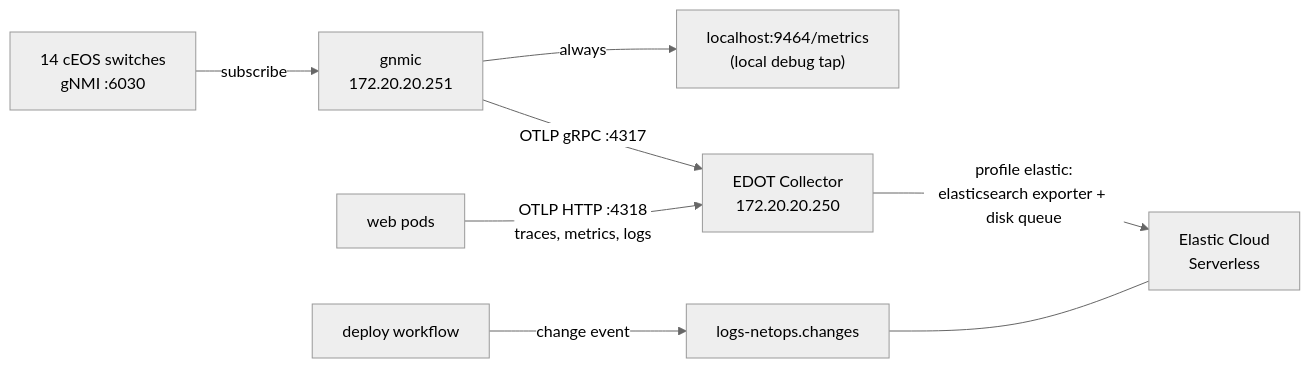
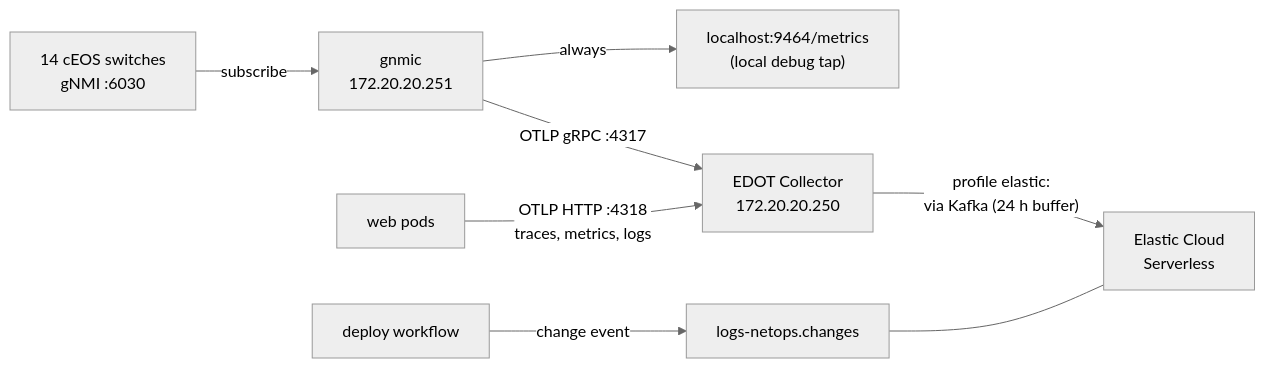
One commit to samurato/network-lab changed the seventh of 9 diagrams in docs/architecture.md. Above: the diagram before and after it, drawn with Mermaid (neutral theme). The commit also changed 10 other files, not shown here.

First line of the commit message:
Kafka buffer between the collector and Elastic

````diff
--- a/docs/architecture.md
+++ b/docs/architecture.md
@@ -330,10 +330,10 @@
 ```mermaid
 flowchart LR
   SW["14 cEOS switches<br/>gNMI :6030"] -- "subscribe" --> GN["gnmic<br/>172.20.20.251"]
   GN -- "OTLP gRPC :4317" --> OC["EDOT Collector<br/>172.20.20.250"]
   APP["web pods"] -- "OTLP HTTP :4318<br/>traces, metrics, logs" --> OC
-  OC -- "profile elastic:<br/>elasticsearch exporter + disk queue" --> ES["Elastic Cloud<br/>Serverless"]
+  OC -- "profile elastic:<br/>via Kafka (24 h buffer)" --> ES["Elastic Cloud<br/>Serverless"]
   GN -- "always" --> PR["localhost:9464/metrics<br/>(local debug tap)"]
   CI["deploy workflow"] -- "change event" --> ESC["logs-netops.changes"]
   ESC --- ES
 ```
````
